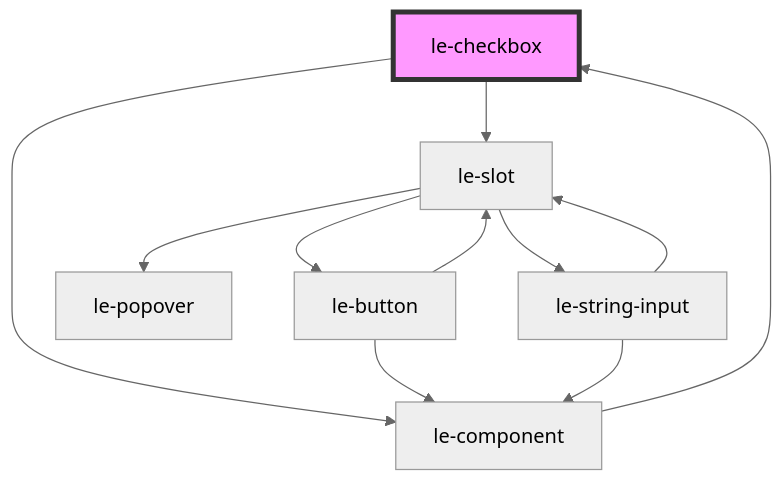
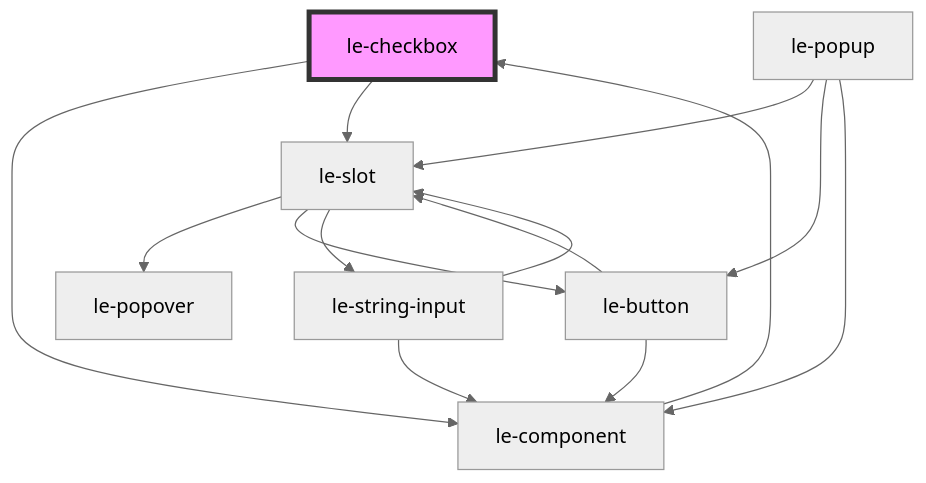
The diagram in src/components/le-checkbox/readme.md (leechy/le-kit), drawn with Mermaid (neutral theme) before and after one commit. The commit also changed 29 other files, not shown here.

````diff
--- a/src/components/le-checkbox/readme.md
+++ b/src/components/le-checkbox/readme.md
@@ -50,14 +50,17 @@
 ```mermaid
 graph TD;
   le-checkbox --> le-component
   le-checkbox --> le-slot
   le-component --> le-checkbox
   le-button --> le-component
   le-button --> le-slot
   le-slot --> le-popover
   le-slot --> le-button
   le-slot --> le-string-input
   le-string-input --> le-component
   le-string-input --> le-slot
+  le-popup --> le-slot
+  le-popup --> le-button
+  le-popup --> le-component
   style le-checkbox fill:#f9f,stroke:#333,stroke-width:4px
 ```
````
